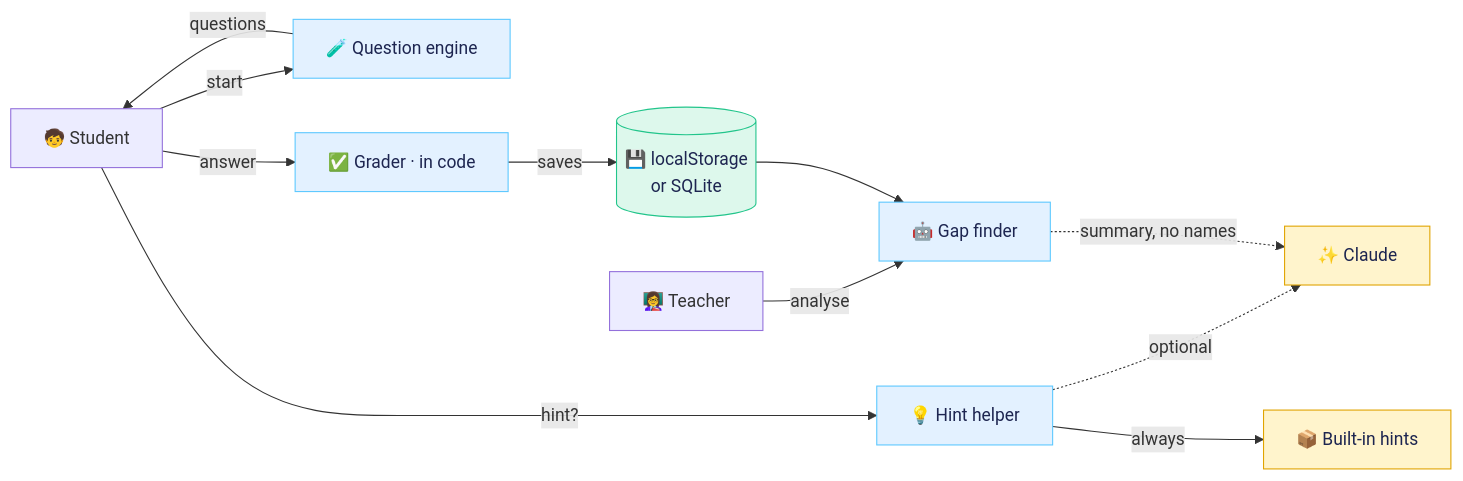
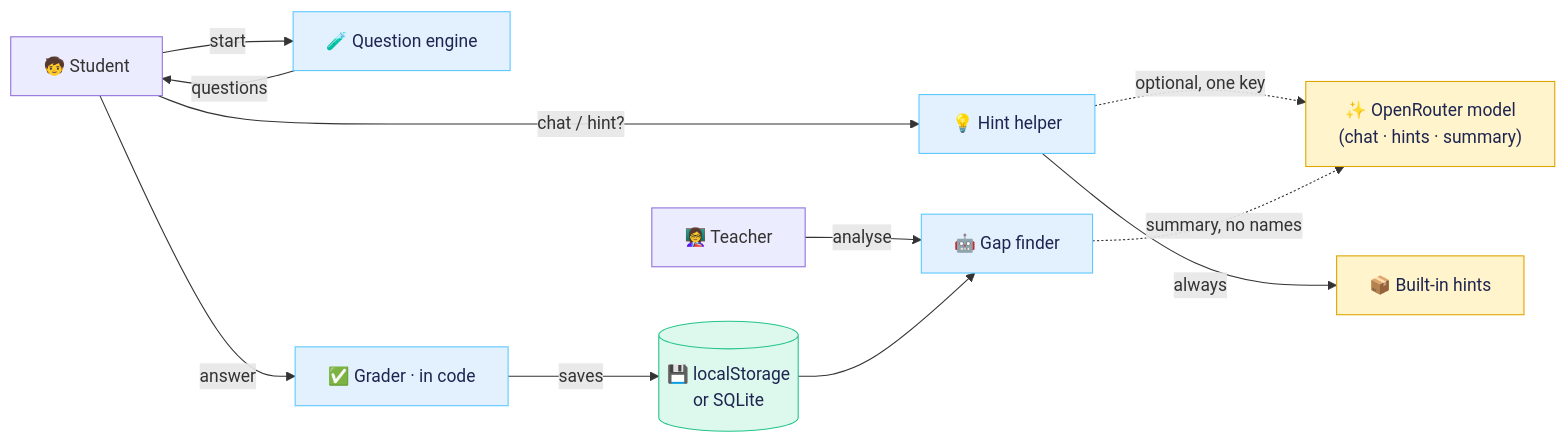
One commit to RezaurRahman47/SchoolHack changed the second of 2 diagrams in README.md. Above: the diagram before and after it, drawn with Mermaid. The commit also changed other lines of this file and 11 other files, not shown here.

First line of the commit message:
refactor(chat): always call the OpenRouter model first, drop Claude

````diff
--- a/README.md
+++ b/README.md
@@ -183,21 +183,21 @@
 ```mermaid
 flowchart LR
     classDef logic fill:#e3f1ff,stroke:#5cc8ff,color:#1d2550
     classDef data fill:#ddf8ec,stroke:#22c58b,color:#1d2550
     classDef opt fill:#fff4cc,stroke:#e0a400,color:#1d2550
 
     student["🧒 Student"] -- "start" --> engine["🧪 Question engine"]
     engine -- "questions" --> student
     student -- "answer" --> grader["✅ Grader · in code"]
     grader -- "saves" --> store[("💾 localStorage<br/>or SQLite")]
-    student -- "hint?" --> tutor["💡 Hint helper"]
-    tutor -. "optional" .-> claude["✨ Claude"]
+    student -- "chat / hint?" --> tutor["💡 Hint helper"]
     tutor -- "always" --> tips["📦 Built-in hints"]
+    tutor -. "optional, one key" .-> model["✨ OpenRouter model<br/>(chat · hints · summary)"]
     teacher["👩‍🏫 Teacher"] -- "analyse" --> agent["🤖 Gap finder"]
     store --> agent
-    agent -. "summary, no names" .-> claude
+    agent -. "summary, no names" .-> model
 
     class engine,grader,tutor,agent logic
     class store data
-    class claude,tips opt
+    class model,tips opt
 ```
````
